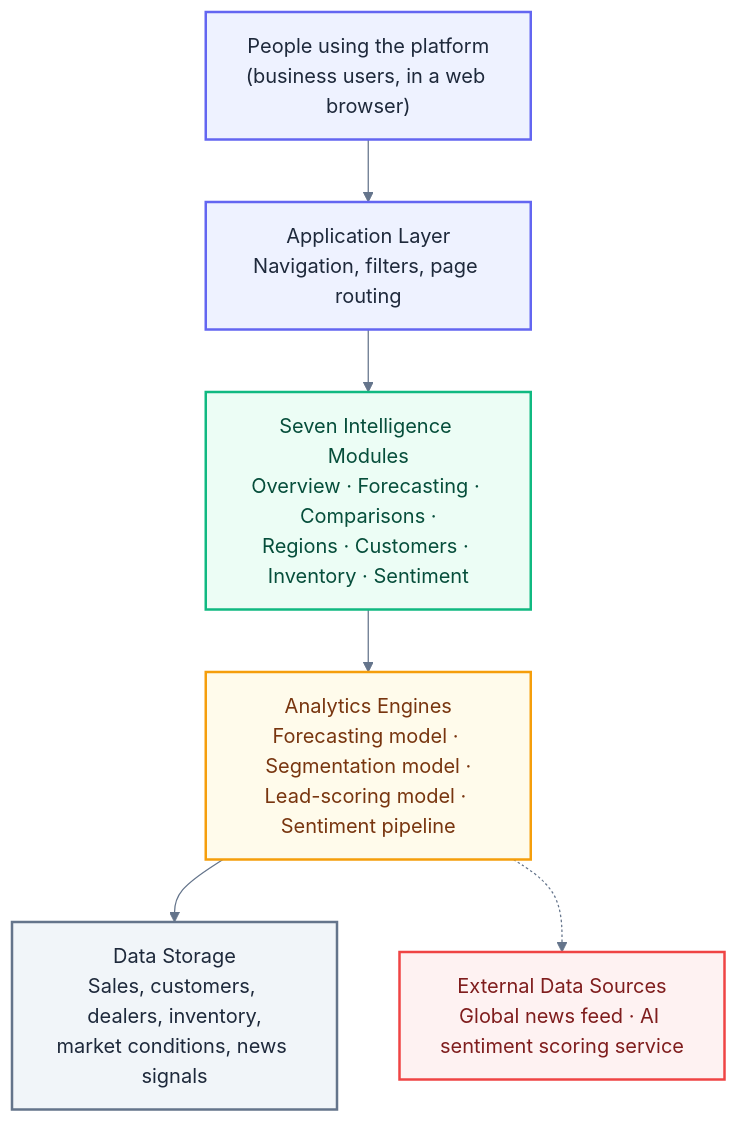
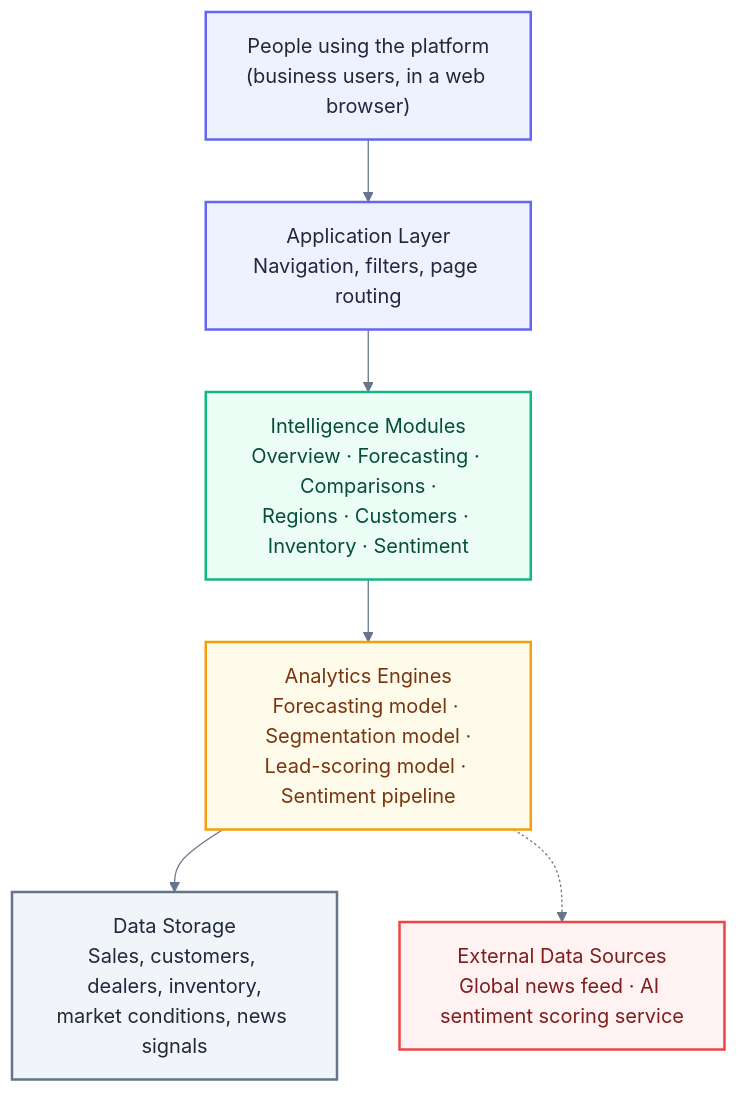
The first of 7 diagrams in ARCHITECTURE_OVERVIEW.md (pushpalhedau/Demand-Prediction), drawn with Mermaid before and after one commit. The commit also changed other lines of this file and 69 other files, not shown here.

````diff
--- a/ARCHITECTURE_OVERVIEW.md
+++ b/ARCHITECTURE_OVERVIEW.md
@@ -34,30 +34,30 @@
 ```mermaid
 %%{init: {'theme':'base', 'themeVariables': {
   'primaryColor':'#EEF2FF','primaryTextColor':'#1E293B','primaryBorderColor':'#6366F1',
   'lineColor':'#64748B','secondaryColor':'#ECFDF5','secondaryBorderColor':'#10B981',
   'tertiaryColor':'#FFFBEB','tertiaryBorderColor':'#F59E0B',
   'fontFamily':'Segoe UI, Helvetica, Arial, sans-serif','fontSize':'16px'
 }}}%%
 flowchart TB
     A["People using the platform<br/>(business users, in a web browser)"]
     B["Application Layer<br/>Navigation, filters, page routing"]
-    C["Seven Intelligence Modules<br/>Overview · Forecasting · Comparisons ·<br/>Regions · Customers · Inventory · Sentiment"]
+    C["Intelligence Modules<br/>Overview · Forecasting · Comparisons ·<br/>Regions · Customers · Inventory · Sentiment"]
     D["Analytics Engines<br/>Forecasting model · Segmentation model ·<br/>Lead-scoring model · Sentiment pipeline"]
     E["Data Storage<br/>Sales, customers, dealers, inventory,<br/>market conditions, news signals"]
     F["External Data Sources<br/>Global news feed · AI sentiment scoring service"]
 
     A --> B --> C --> D
     D --> E
     D -.-> F
 
     classDef layerApp fill:#EEF2FF,stroke:#6366F1,stroke-width:2px,color:#1E293B
     classDef layerModules fill:#ECFDF5,stroke:#10B981,stroke-width:2px,color:#064E3B
     classDef layerEngines fill:#FFFBEB,stroke:#F59E0B,stroke-width:2px,color:#78350F
     classDef layerData fill:#F1F5F9,stroke:#64748B,stroke-width:2px,color:#1E293B
     classDef layerExternal fill:#FEF2F2,stroke:#EF4444,stroke-width:2px,color:#7F1D1D
     class A,B layerApp
     class C layerModules
     class D layerEngines
     class E layerData
     class F layerExternal
 ```
````
